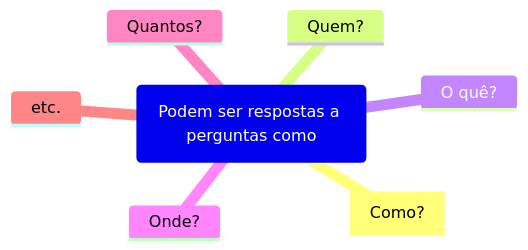
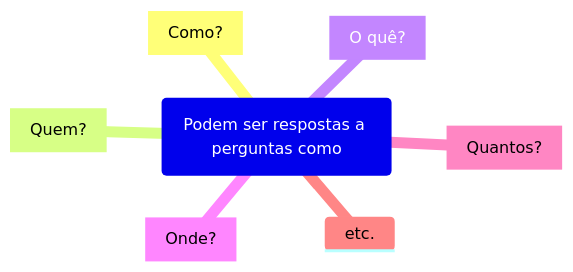
One commit to Igorino/joplin-notes changed the second of 2 diagrams in Mestrado/Segundo Semestre/SIN5033 - Grafos de conhecimento e Ontologias/Aula 1/1 Conceitos basicos.md. Above: the diagram before and after it, drawn with Mermaid.

Commit message:
Exported on 2026-04-05_19-40-59

````diff
--- a/Mestrado/Segundo Semestre/SIN5033 - Grafos de conhecimento e Ontologias/Aula 1/1 Conceitos basicos.md
+++ b/Mestrado/Segundo Semestre/SIN5033 - Grafos de conhecimento e Ontologias/Aula 1/1 Conceitos basicos.md
@@ -40,11 +40,14 @@
 ```mermaid
+---
+config:
+  layout: tidy-tree
+---
 mindmap
 root(Podem ser respostas a perguntas como)
 	[Como?]
-	:::urgent
-	Quem?
-	O quê?
-	Onde?
-	Quantos?
+	[Quem?]
+	[O quê?]
+	[Onde?]
+	[Quantos?]
 	etc.
 ```
````
